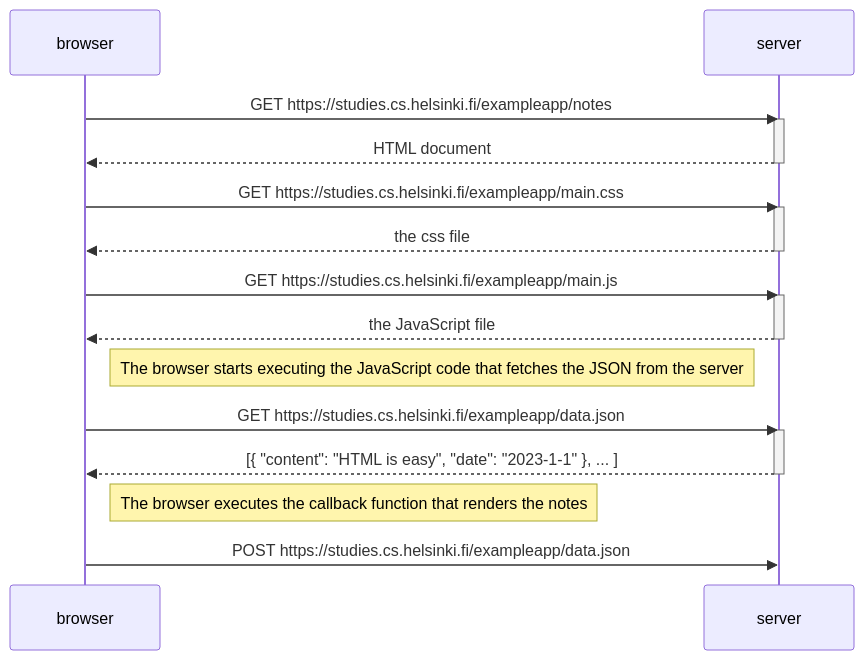
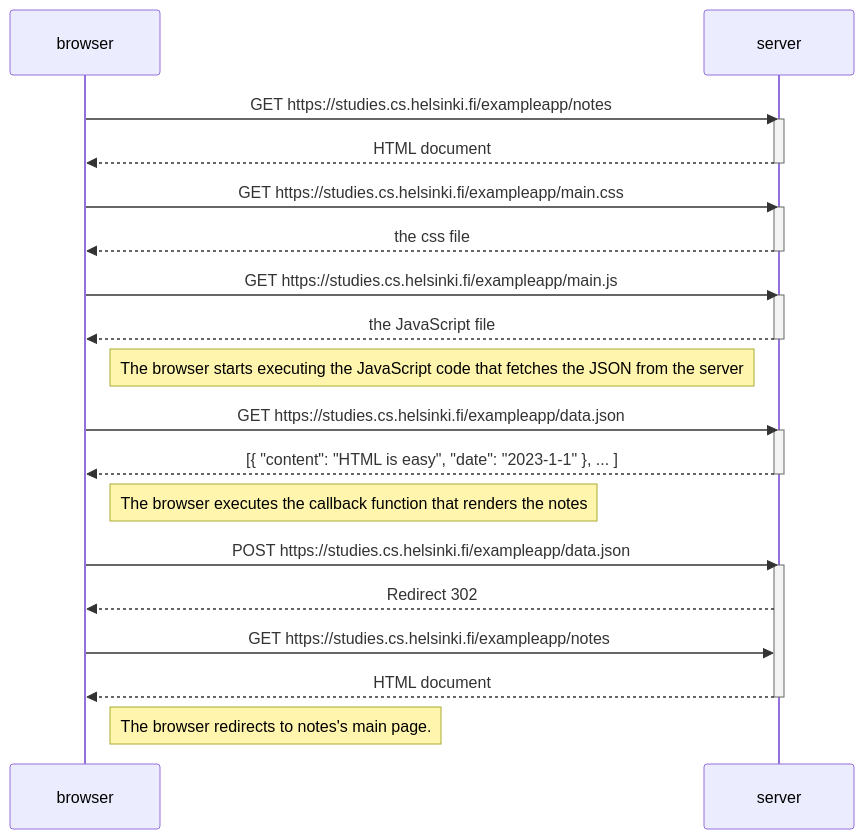
One commit to marcopgordillo/FullStack changed the diagram in part0/04.md. Above: the diagram before and after it, drawn with Mermaid.

````diff
--- a/part0/04.md
+++ b/part0/04.md
@@ -1,32 +1,38 @@
 ```mermaid
 sequenceDiagram
     participant browser
     participant server
     
     browser->>server: GET https://studies.cs.helsinki.fi/exampleapp/notes
     activate server
     server-->>browser: HTML document
     deactivate server
     
     browser->>server: GET https://studies.cs.helsinki.fi/exampleapp/main.css
     activate server
     server-->>browser: the css file
     deactivate server
     
     browser->>server: GET https://studies.cs.helsinki.fi/exampleapp/main.js
     activate server
     server-->>browser: the JavaScript file
     deactivate server
     
     Note right of browser: The browser starts executing the JavaScript code that fetches the JSON from the server
     
     browser->>server: GET https://studies.cs.helsinki.fi/exampleapp/data.json
     activate server
     server-->>browser: [{ "content": "HTML is easy", "date": "2023-1-1" }, ... ]
     deactivate server
     
     Note right of browser: The browser executes the callback function that renders the notes
     
     browser->>server: POST https://studies.cs.helsinki.fi/exampleapp/data.json
     activate server
+    server-->>browser: Redirect 302
+    browser->>server: GET https://studies.cs.helsinki.fi/exampleapp/notes
+    server-->>browser: HTML document
+    deactivate server
+    
+    Note right of browser: The browser redirects to notes's main page.
 ```
````
